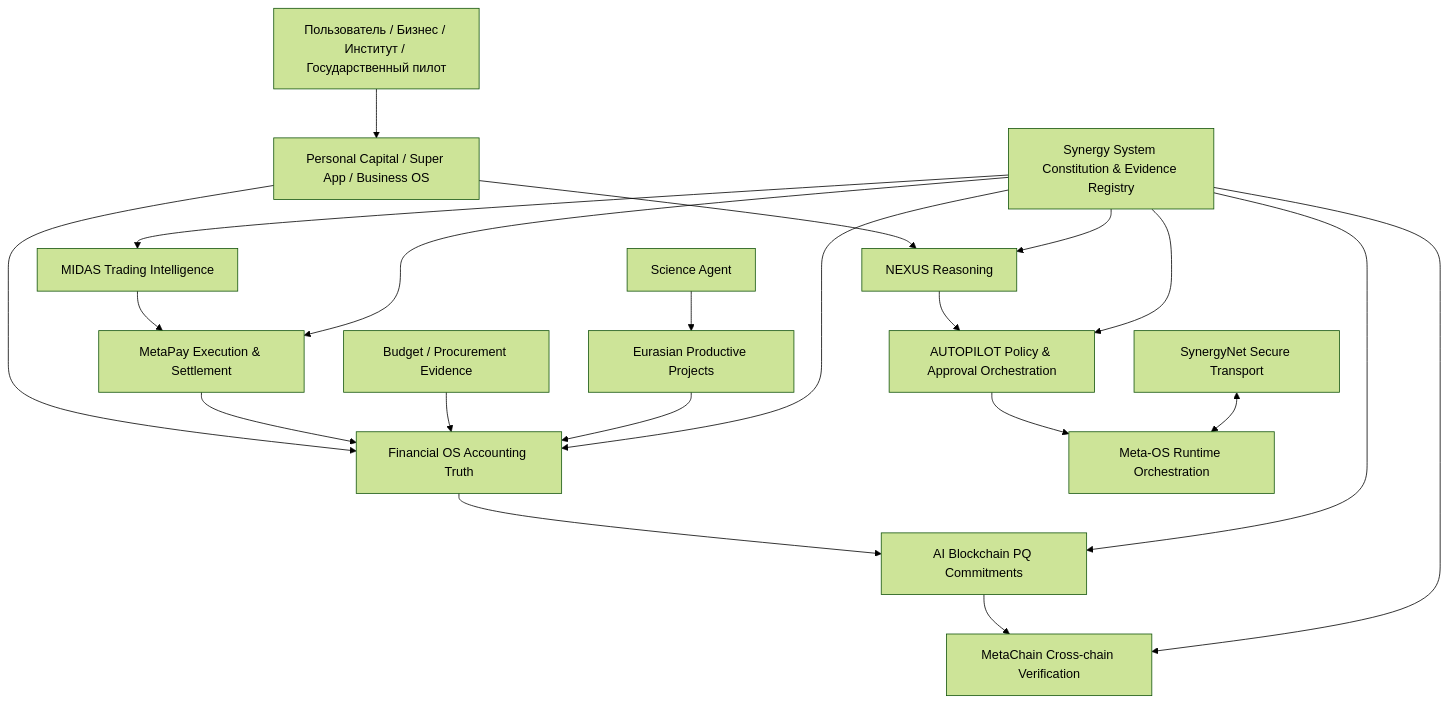
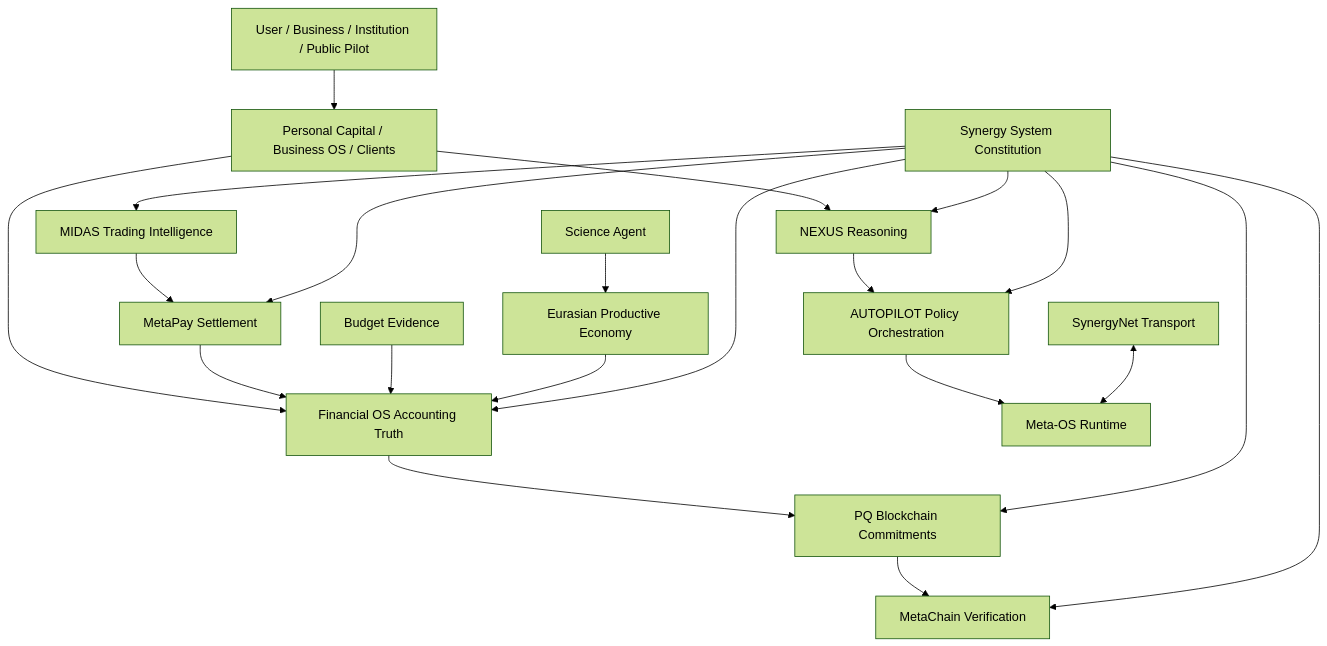
The diagram in README.md (Shtenco/synergy_project), drawn with Mermaid (forest theme) before and after one commit. The commit also changed other lines of this file, not shown here.

````diff
--- a/README.md
+++ b/README.md
@@ -139,39 +113,39 @@
 ```mermaid
 flowchart TD
-    U[Пользователь / Бизнес / Институт / Государственный пилот]
-    APP[Personal Capital / Super App / Business OS]
+    U[User / Business / Institution / Public Pilot]
+    APP[Personal Capital / Business OS / Clients]
     N[NEXUS Reasoning]
-    A[AUTOPILOT Policy & Approval Orchestration]
+    A[AUTOPILOT Policy Orchestration]
     M[MIDAS Trading Intelligence]
-    P[MetaPay Execution & Settlement]
+    P[MetaPay Settlement]
     F[Financial OS Accounting Truth]
-    B[AI Blockchain PQ Commitments]
-    MC[MetaChain Cross-chain Verification]
-    SN[SynergyNet Secure Transport]
-    MO[Meta-OS Runtime Orchestration]
-    S[Synergy System Constitution & Evidence Registry]
+    B[PQ Blockchain Commitments]
+    MC[MetaChain Verification]
+    SN[SynergyNet Transport]
+    MO[Meta-OS Runtime]
+    S[Synergy System Constitution]
     SCI[Science Agent]
-    EUR[Eurasian Productive Projects]
-    GOV[Budget / Procurement Evidence]
+    EUR[Eurasian Productive Economy]
+    GOV[Budget Evidence]
 
     U --> APP
     APP --> F
     APP --> N
     N --> A
     A --> MO
     M --> P
     P --> F
     F --> B
     B --> MC
     GOV --> F
     SCI --> EUR
     EUR --> F
     SN <--> MO
     S --> N
     S --> A
     S --> M
     S --> P
     S --> F
     S --> B
     S --> MC
 ```
````
